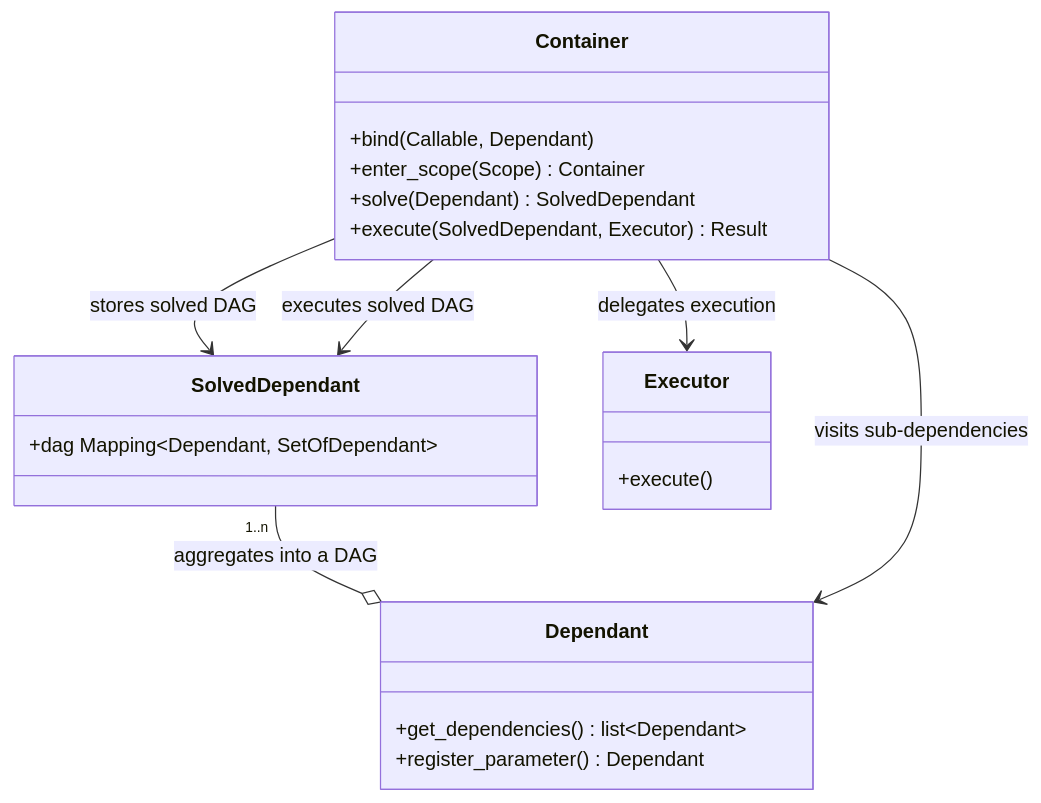
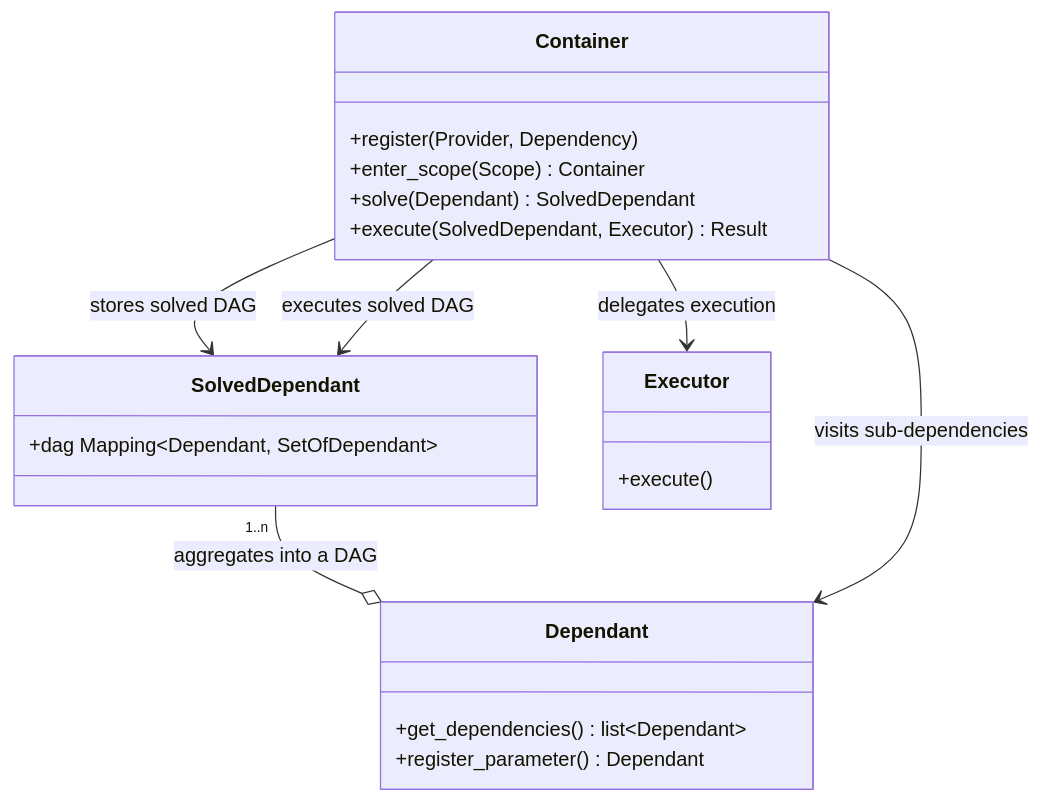
The diagram in docs/architecture.md (adriangb/di), drawn with Mermaid before and after one commit. The commit also changed other lines of this file and 6 other files, not shown here.

````diff
--- a/docs/architecture.md
+++ b/docs/architecture.md
@@ -25,24 +26,24 @@
 ``` mermaid
 classDiagram
     SolvedDependant "1..n" --o Dependant: aggregates into a DAG
     Container --> Dependant: visits sub-dependencies
     Container --> Executor: delegates execution
     Container --> SolvedDependant: stores solved DAG
     Container --> SolvedDependant: executes solved DAG
     class Dependant{
       +get_dependencies() list~Dependant~
       +register_parameter() Dependant
     }
     class SolvedDependant{
       +dag Mapping~Dependant, SetOfDependant~
     }
     class Executor{
       +execute()
     }
     class Container{
-      +bind(Callable, Dependant)
+      +register(Provider, Dependency)
       +enter_scope(Scope) Container
       +solve(Dependant) SolvedDependant
       +execute(SolvedDependant, Executor) Result
     }
 ```
````
